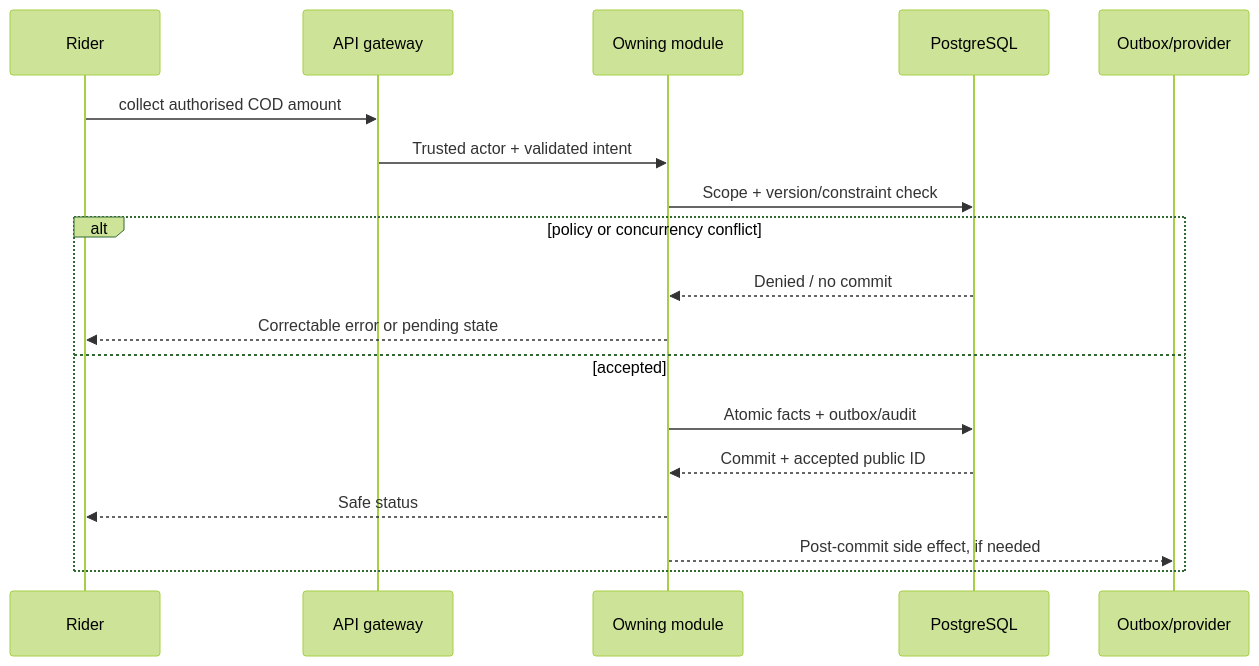
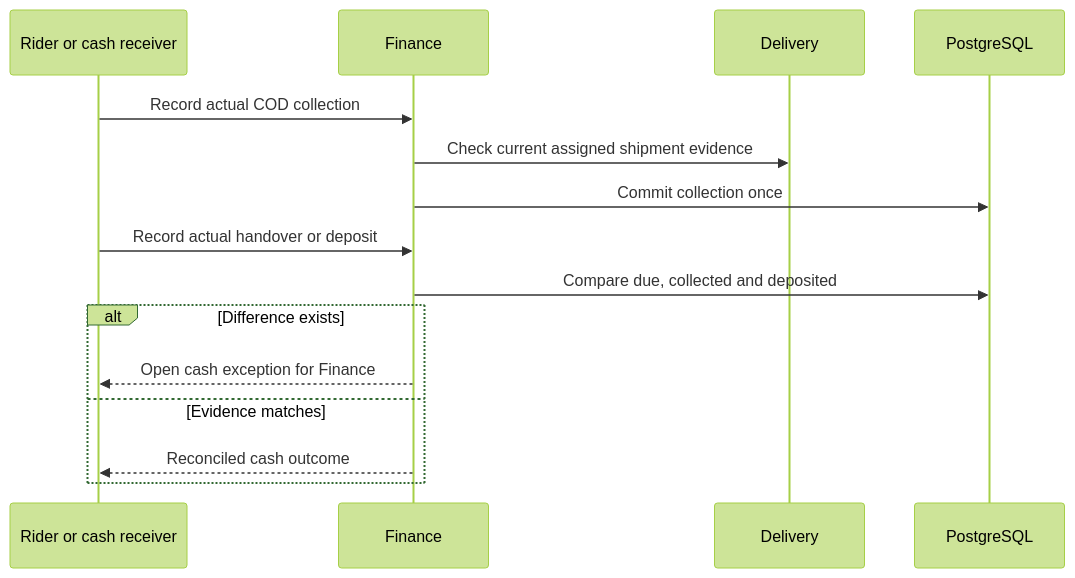
The diagram in 06-Workflows/WF-009-COD-Collection.md (shiladityamajumder/pharmville-docs), drawn with Mermaid (forest theme) before and after one commit. The commit also changed other lines of this file and 158 other files, not shown here.

Commit message:
docs: add business guides, fix Mermaid diagrams, improve traceability and automate validation

````diff
--- a/06-Workflows/WF-009-COD-Collection.md
+++ b/06-Workflows/WF-009-COD-Collection.md
@@ -31,20 +26,17 @@
 ```mermaid
 sequenceDiagram
-  participant A as Rider
-  participant API as API gateway
-  participant O as Owning module
-  participant PG as PostgreSQL
-  participant P as Outbox/provider
-  A->>API: collect authorised COD amount
-  API->>O: Trusted actor + validated intent
-  O->>PG: Scope + version/constraint check
-  alt policy or concurrency conflict
-    PG-->>O: Denied / no commit
-    O-->>A: Correctable error or pending state
-  else accepted
-    O->>PG: Atomic facts + outbox/audit
-    PG-->>O: Commit + accepted public ID
-    O-->>A: Safe status
-    O-->>P: Post-commit side effect, if needed
+  participant C as Rider or cash receiver
+  participant O as Finance
+  participant S as Delivery
+  participant D as PostgreSQL
+  C->>O: Record actual COD collection
+  O->>S: Check current assigned shipment evidence
+  O->>D: Commit collection once
+  C->>O: Record actual handover or deposit
+  O->>D: Compare due, collected and deposited
+  alt Difference exists
+    O-->>C: Open cash exception for Finance
+  else Evidence matches
+    O-->>C: Reconciled cash outcome
   end
 ```
````
